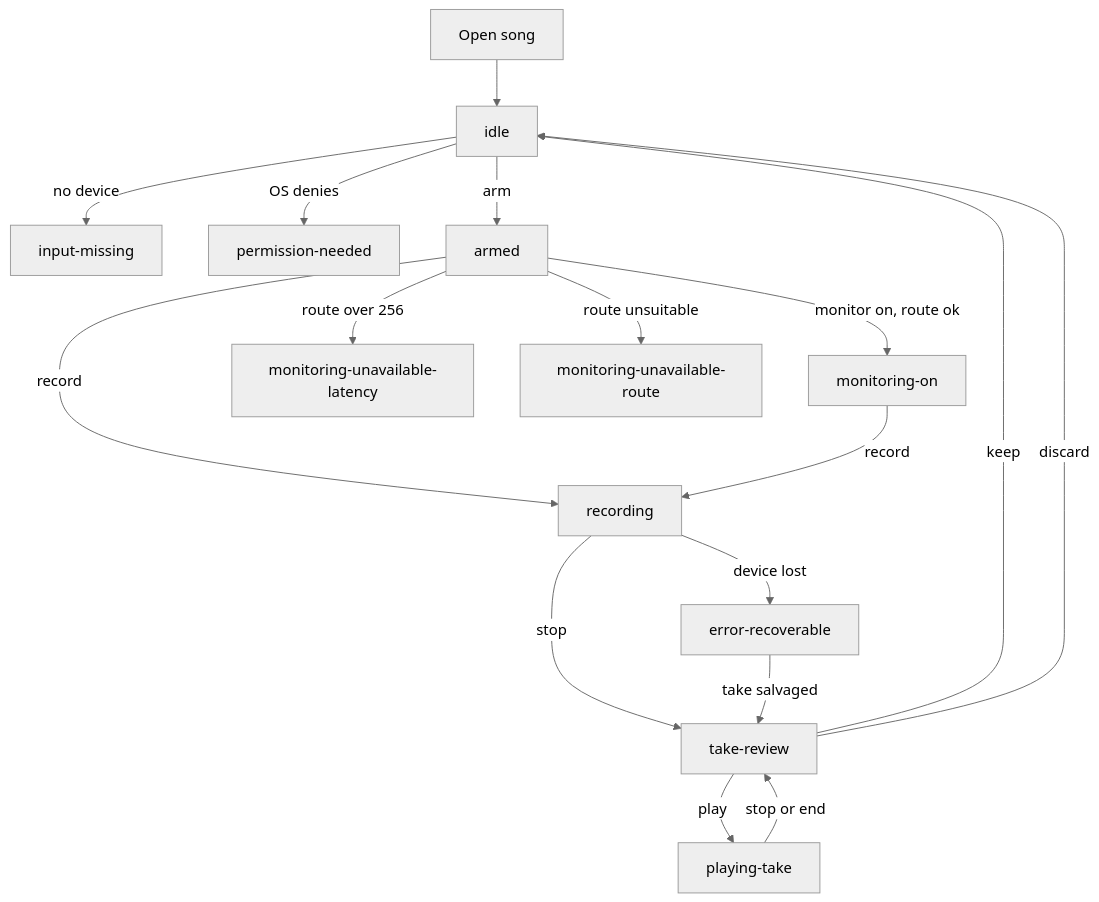
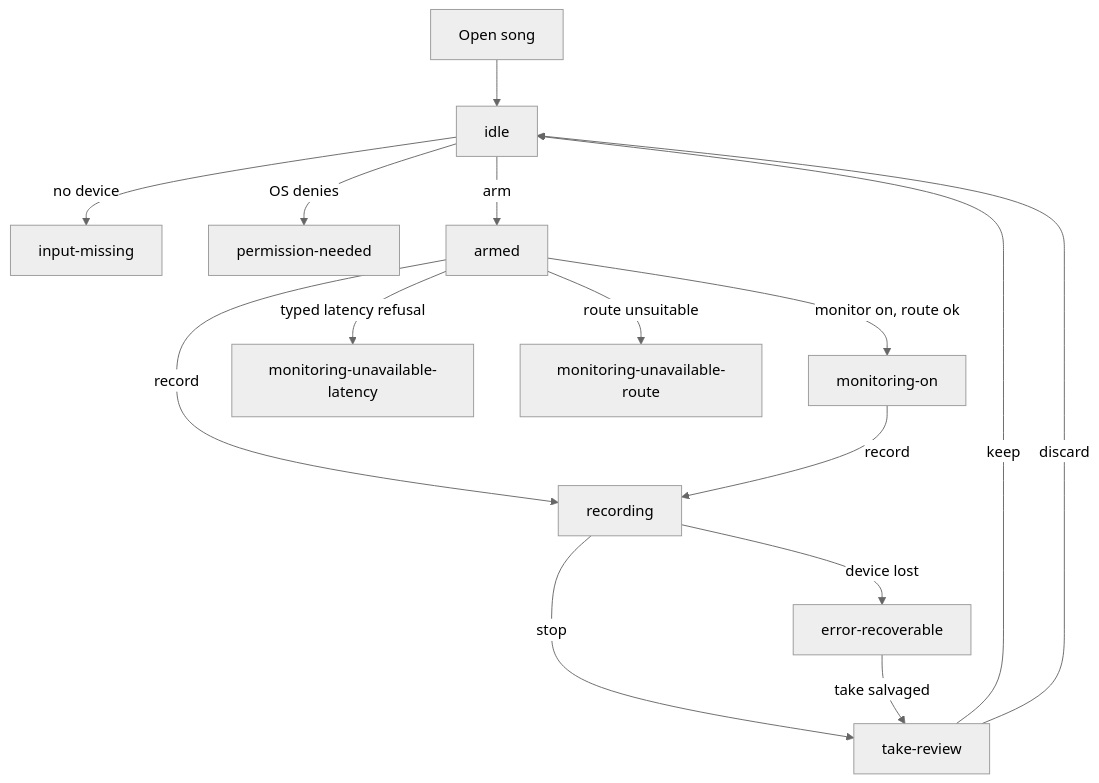
One commit to lexasoft123/SingZ changed the diagram in docs/specs/voice-strip/spec.md. Above: the diagram before and after it, drawn with Mermaid (neutral theme). The commit also changed other lines of this file and 64 other files, not shown here.

````diff
--- a/docs/specs/voice-strip/spec.md
+++ b/docs/specs/voice-strip/spec.md
@@ -125,19 +123,17 @@
 ```mermaid
 flowchart TD
   Open[Open song] --> Idle[idle]
   Idle -->|no device| Missing[input-missing]
   Idle -->|OS denies| Perm[permission-needed]
   Idle -->|arm| Armed[armed]
   Armed -->|monitor on, route ok| Mon[monitoring-on]
-  Armed -->|route over 256| Lat[monitoring-unavailable-latency]
+  Armed -->|typed latency refusal| Lat[monitoring-unavailable-latency]
   Armed -->|route unsuitable| Rte[monitoring-unavailable-route]
   Armed -->|record| Rec[recording]
   Mon -->|record| Rec
   Rec -->|stop| Review[take-review]
-  Review -->|play| Play[playing-take]
-  Play -->|stop or end| Review
   Review -->|keep| Idle
   Review -->|discard| Idle
   Rec -->|device lost| Err[error-recoverable]
   Err -->|take salvaged| Review
 ```
````
